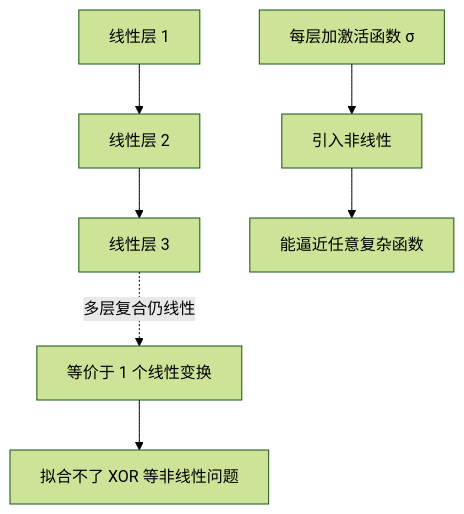
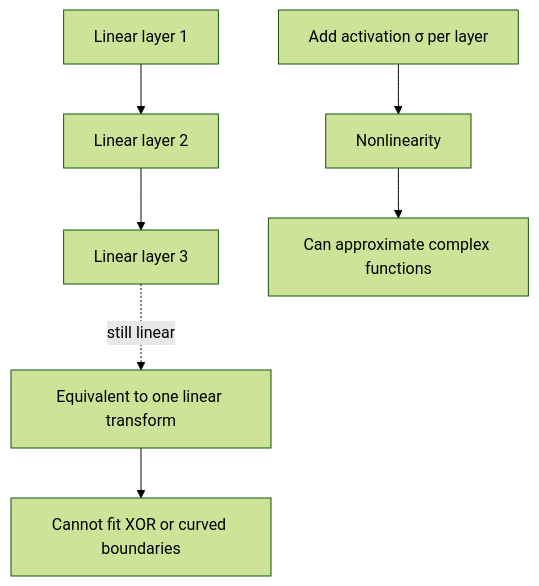
One commit to Korotomx/STD changed the first of 4 diagrams in Artificial_Intelligence/DeepLearningRM/学习笔记/概念原理/N004 激活函数sigmoid-tanh-relu-leakyrelu.md. Above: the diagram before and after it, drawn with Mermaid (forest theme). The commit also changed other lines of this file and 173 other files, not shown here.

````diff
--- a/Artificial_Intelligence/DeepLearningRM/学习笔记/概念原理/N004 激活函数sigmoid-tanh-relu-leakyrelu.md
+++ b/Artificial_Intelligence/DeepLearningRM/学习笔记/概念原理/N004 激活函数sigmoid-tanh-relu-leakyrelu.md
@@ -25,8 +7,8 @@
 ```mermaid
 flowchart TD
-    A["线性层 1"] --> B["线性层 2"] --> C["线性层 3"]
-    C -.多层复合仍线性.-> D["等价于 1 个线性变换"]
-    D --> E["拟合不了 XOR 等非线性问题"]
-    F["每层加激活函数 σ"] --> G["引入非线性"]
-    G --> H["能逼近任意复杂函数"]
+    A["Linear layer 1"] --> B["Linear layer 2"] --> C["Linear layer 3"]
+    C -.still linear.-> D["Equivalent to one linear transform"]
+    D --> E["Cannot fit XOR or curved boundaries"]
+    F["Add activation σ per layer"] --> G["Nonlinearity"]
+    G --> H["Can approximate complex functions"]
 ```
````
